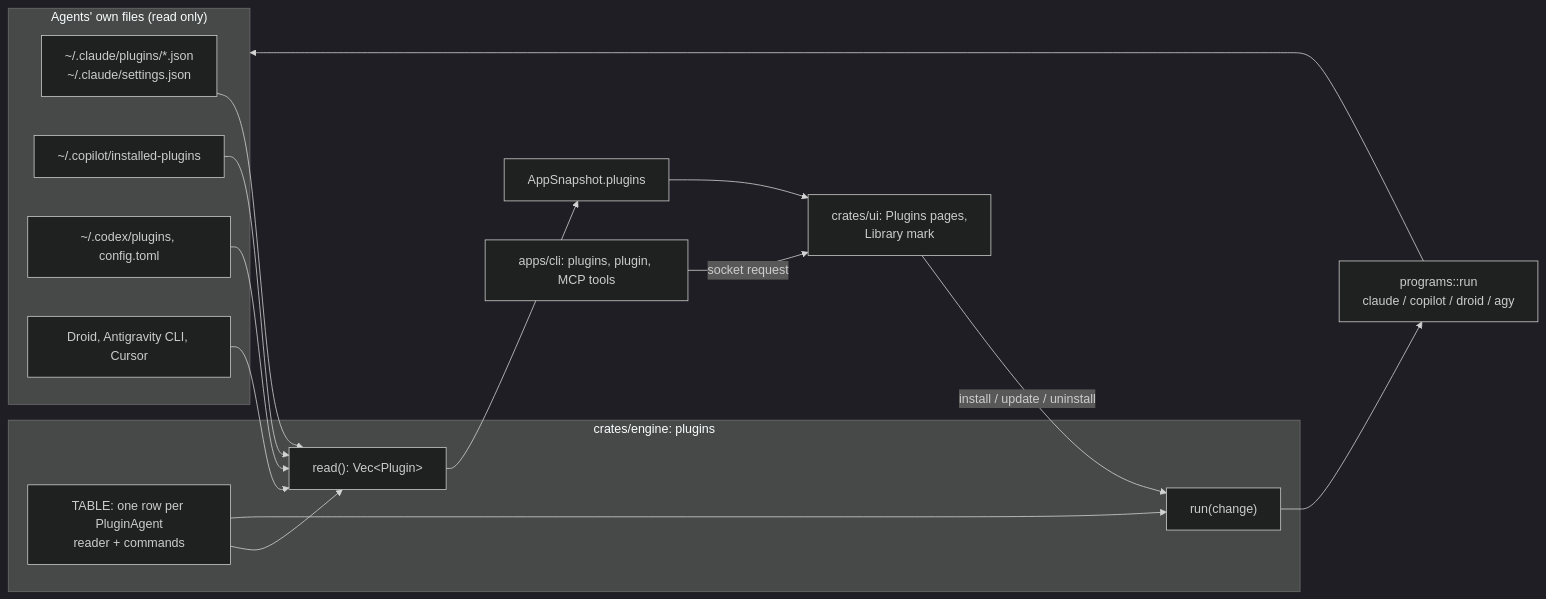
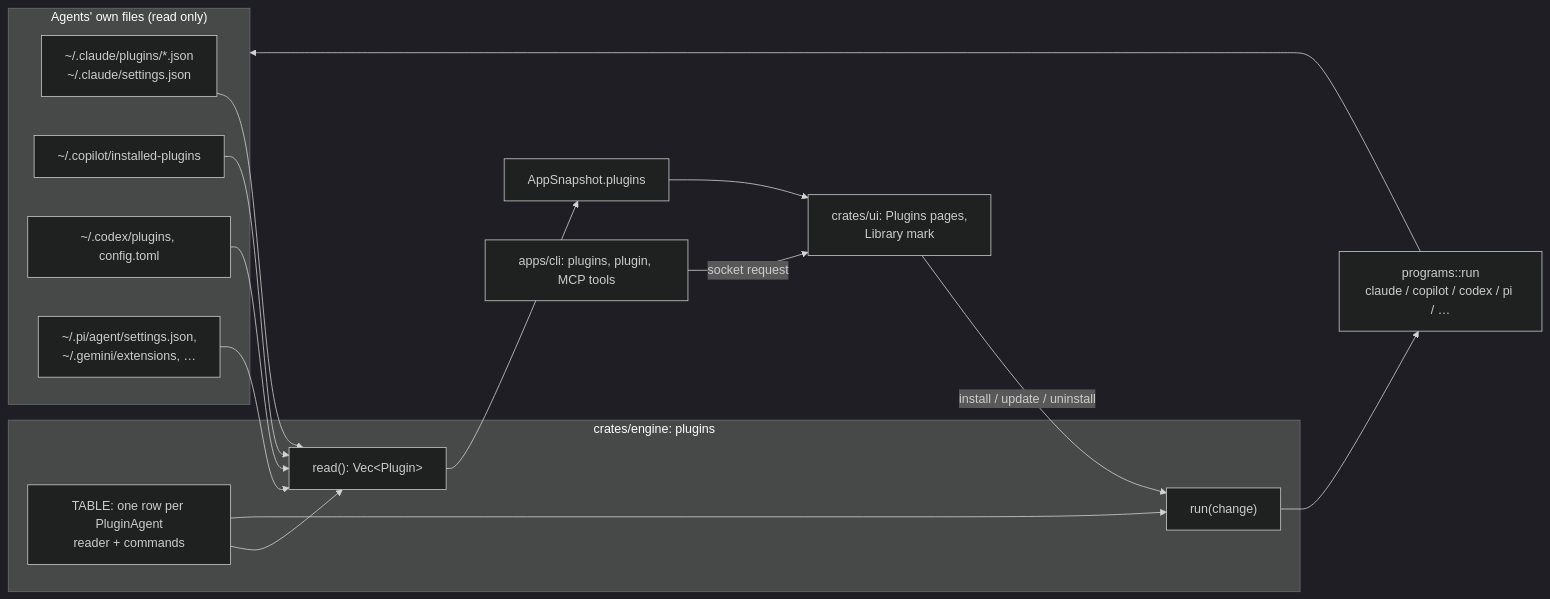
One commit to mastro993/SkillBinder changed the diagram in docs/specs/plugins/design.md. Above: the diagram before and after it, drawn with Mermaid (dark theme). The commit also changed other lines of this file and 7 other files, not shown here.

````diff
--- a/docs/specs/plugins/design.md
+++ b/docs/specs/plugins/design.md
@@ -9,24 +9,24 @@
 ```mermaid
 flowchart LR
   subgraph agents["Agents' own files (read only)"]
     C["~/.claude/plugins/*.json<br/>~/.claude/settings.json"]
     G["~/.copilot/installed-plugins"]
     X["~/.codex/plugins, config.toml"]
-    O["Droid, Antigravity CLI, Cursor"]
+    O["~/.pi/agent/settings.json,<br/>~/.gemini/extensions, …"]
   end
   subgraph engine["crates/engine: plugins"]
     T["TABLE: one row per PluginAgent<br/>reader + commands"]
     R["read(): Vec&lt;Plugin&gt;"]
     K["run(change)"]
   end
-  P["programs::run<br/>claude / copilot / droid / agy"]
+  P["programs::run<br/>claude / copilot / codex / pi / …"]
   S["AppSnapshot.plugins"]
   U["crates/ui: Plugins pages,<br/>Library mark"]
   L["apps/cli: plugins, plugin, MCP tools"]
   C & G & X & O --> R
   T --> R & K
   K --> P --> agents
   R --> S --> U
   U -- "install / update / uninstall" --> K
   L -- "socket request" --> U
 ```
````
